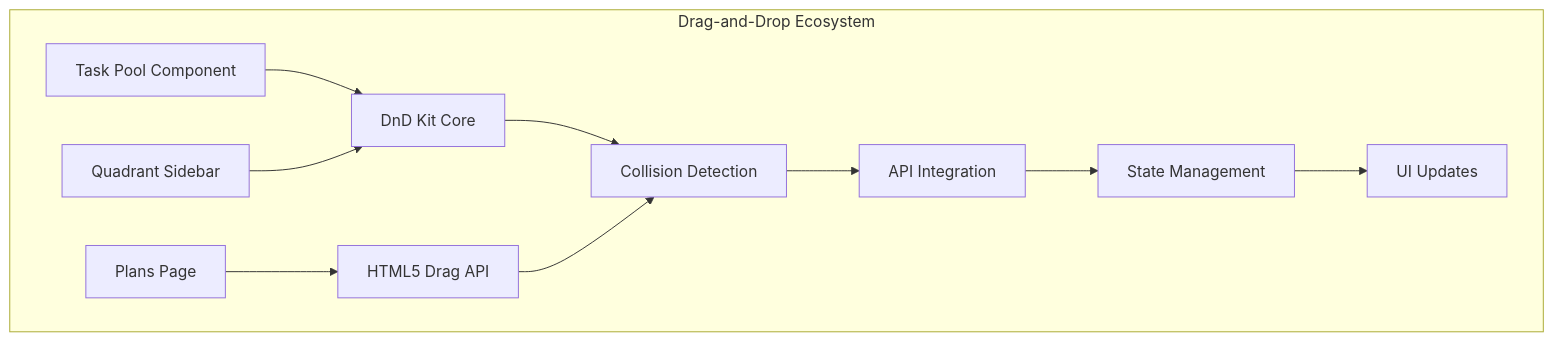
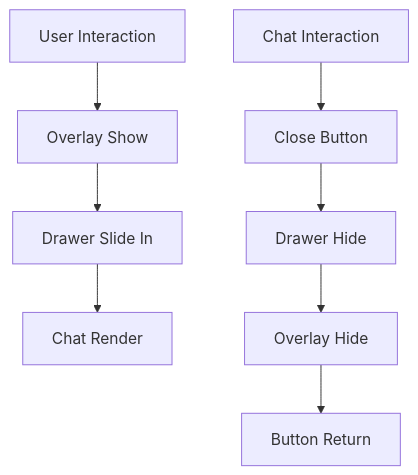
One commit to peixuanhu/goal-mate changed diagram 12 of 15 in .qoder/repowiki/en/content/Frontend Architecture/Main Layout System.md. Above: the diagram before and after it, drawn with Mermaid. The commit also changed other lines of this file and 14 other files, not shown here.

````diff
--- a/.qoder/repowiki/en/content/Frontend Architecture/Main Layout System.md
+++ b/.qoder/repowiki/en/content/Frontend Architecture/Main Layout System.md
@@ -411,13 +473,10 @@
 ```mermaid
-graph TB
-subgraph "Drag-and-Drop Ecosystem"
-TaskPool[Task Pool Component] --> DndKit[DnD Kit Core]
-QuadrantSidebar[Quadrant Sidebar] --> DndKit
-PlansPage[Plans Page] --> HTML5[HTML5 Drag API]
-DndKit --> CollisionDetection[Collision Detection]
-HTML5 --> CollisionDetection
-CollisionDetection --> APIIntegration[API Integration]
-APIIntegration --> StateManagement[State Management]
-StateManagement --> UIUpdates[UI Updates]
-end
+flowchart TD
+AnimationTrigger[User Interaction] --> OverlayShow[Overlay Show]
+OverlayShow --> DrawerSlide[Drawer Slide In]
+DrawerSlide --> ChatRender[Chat Render]
+ChatInteraction[Chat Interaction] --> CloseButton[Close Button]
+CloseButton --> DrawerHide[Drawer Hide]
+DrawerHide --> OverlayHide[Overlay Hide]
+OverlayHide --> ButtonReturn[Button Return]
 ```
````
